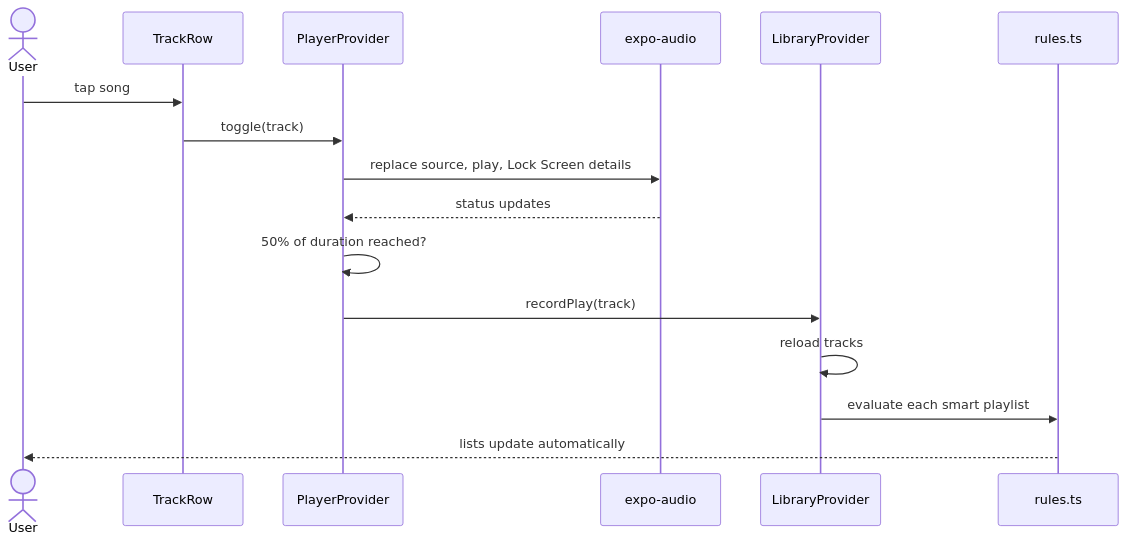
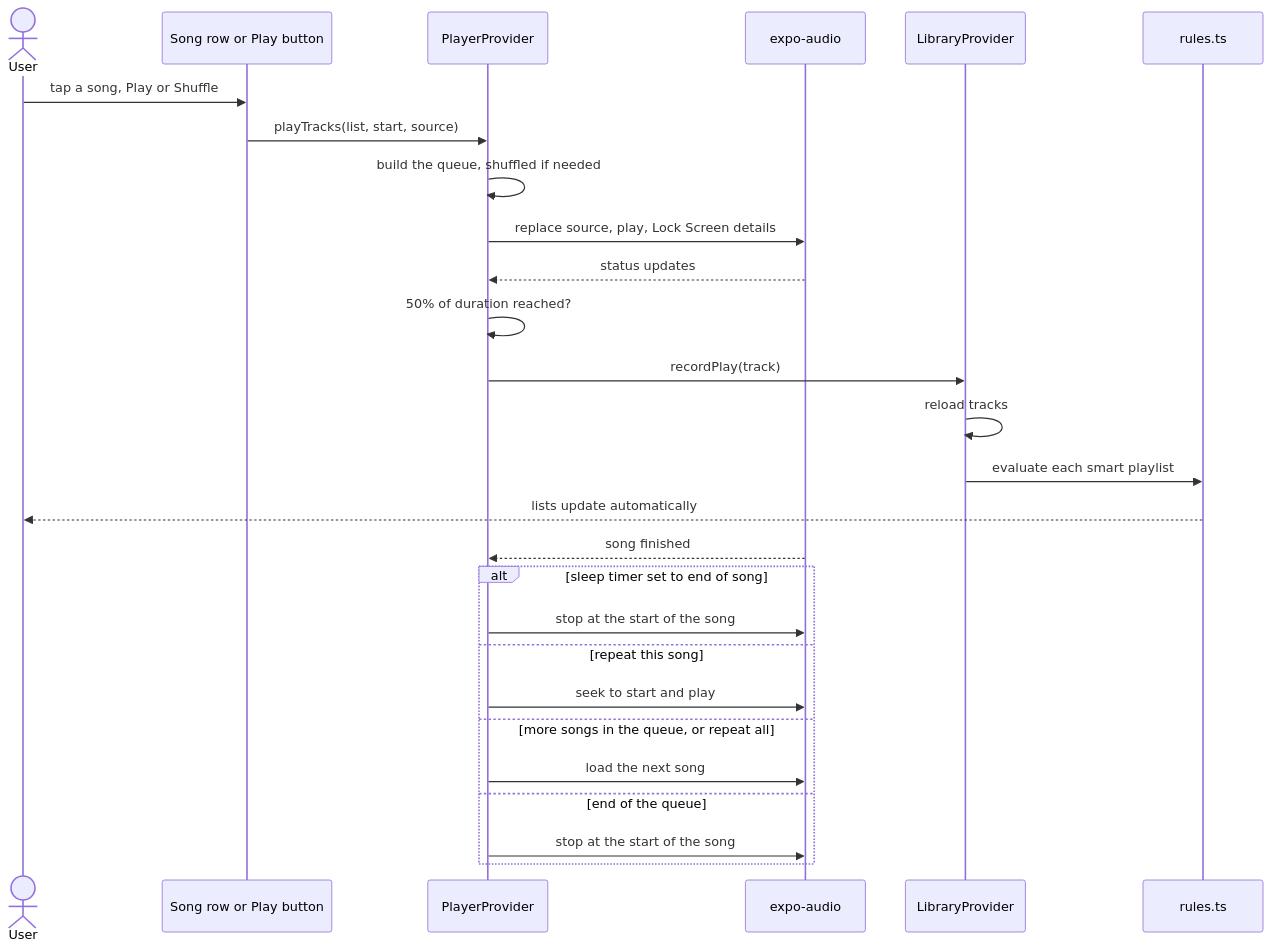
The fifth of 5 diagrams in docs/ARCHITECTURE.md (sabrinasalomon/CoryMusic), drawn with Mermaid before and after one commit. The commit also changed other lines of this file and 24 other files, not shown here.

First line of the commit message:
Add Now Playing, queue and sleep timer

````diff
--- a/docs/ARCHITECTURE.md
+++ b/docs/ARCHITECTURE.md
@@ -188,19 +192,30 @@
 ```mermaid
 sequenceDiagram
     actor U as User
-    participant R as TrackRow
+    participant R as Song row or Play button
     participant PL as PlayerProvider
     participant A as expo-audio
     participant LP as LibraryProvider
     participant RU as rules.ts
 
-    U->>R: tap song
-    R->>PL: toggle(track)
+    U->>R: tap a song, Play or Shuffle
+    R->>PL: playTracks(list, start, source)
+    PL->>PL: build the queue, shuffled if needed
     PL->>A: replace source, play, Lock Screen details
     A-->>PL: status updates
     PL->>PL: 50% of duration reached?
     PL->>LP: recordPlay(track)
     LP->>LP: reload tracks
     LP->>RU: evaluate each smart playlist
     RU-->>U: lists update automatically
+    A-->>PL: song finished
+    alt sleep timer set to end of song
+        PL->>A: stop at the start of the song
+    else repeat this song
+        PL->>A: seek to start and play
+    else more songs in the queue, or repeat all
+        PL->>A: load the next song
+    else end of the queue
+        PL->>A: stop at the start of the song
+    end
 ```
````
